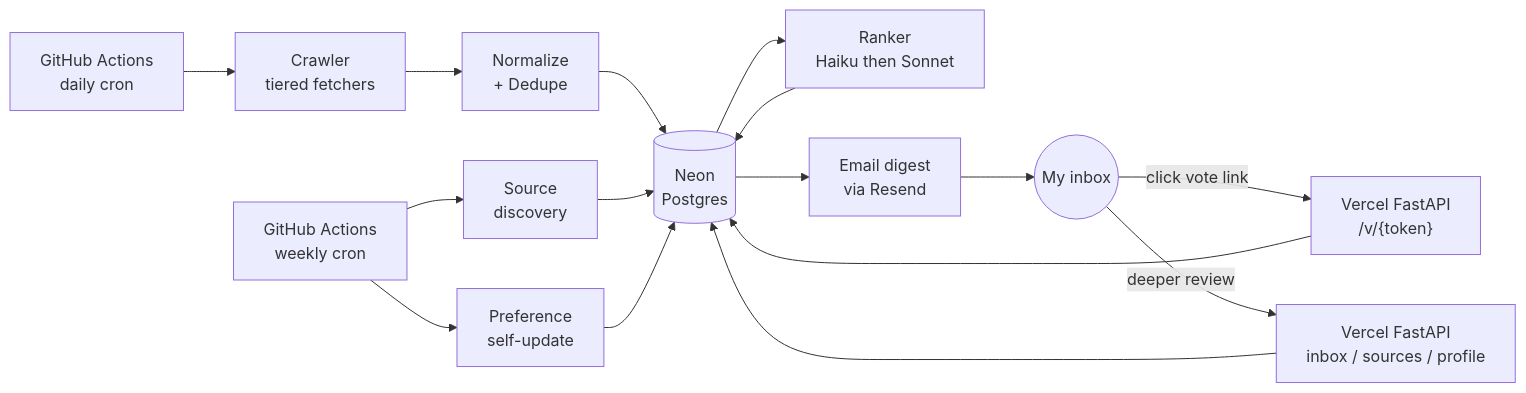
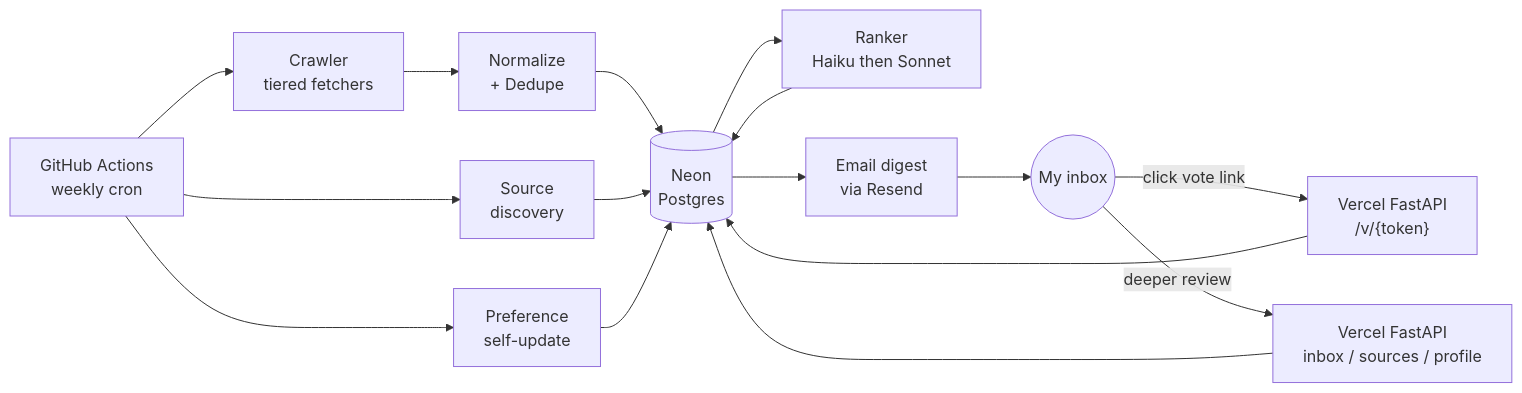
The diagram in docs/01-architecture.md (victorehrnrooth3/policy-crawler), drawn with Mermaid before and after one commit. The commit also changed other lines of this file and 5 other files, not shown here.

First line of the commit message:
docs: update STATUS, architecture, and step docs to reflect step-09 as-built

````diff
--- a/docs/01-architecture.md
+++ b/docs/01-architecture.md
@@ -7,18 +7,18 @@
 ```mermaid
 flowchart LR
-    cron["GitHub Actions<br/>daily cron"] --> crawler["Crawler<br/>tiered fetchers"]
+    cron["GitHub Actions<br/>weekly cron"] --> crawler["Crawler<br/>tiered fetchers"]
     crawler --> normalize["Normalize<br/>+ Dedupe"]
     normalize --> db[("Neon<br/>Postgres")]
     db --> ranker["Ranker<br/>Haiku then Sonnet"]
     ranker --> db
     db --> digest["Email digest<br/>via Resend"]
     digest --> userInbox(("My inbox"))
     userInbox -->|click vote link| voteApi["Vercel FastAPI<br/>/v/{token}"]
     voteApi --> db
     userInbox -->|deeper review| webapp["Vercel FastAPI<br/>inbox / sources / profile"]
     webapp --> db
-    weeklyCron["GitHub Actions<br/>weekly cron"] --> discover["Source<br/>discovery"]
-    weeklyCron --> selfUpdate["Preference<br/>self-update"]
+    cron --> discover["Source<br/>discovery"]
+    cron --> selfUpdate["Preference<br/>self-update"]
     discover --> db
     selfUpdate --> db
 ```
````
